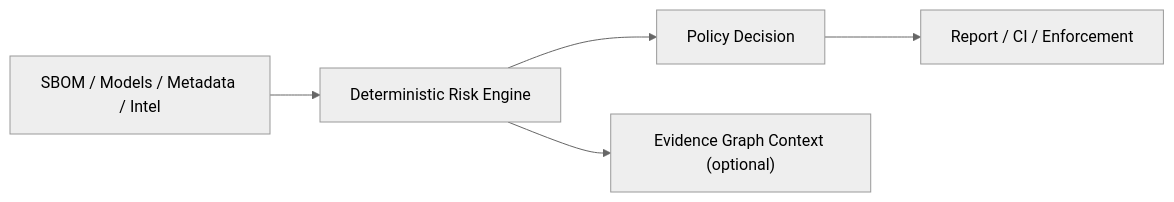
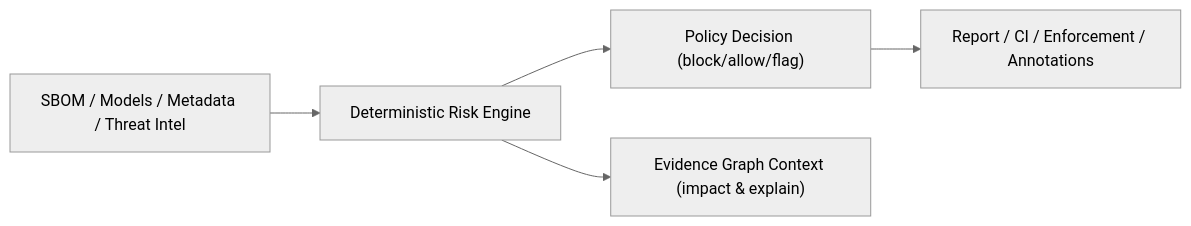
One commit to MellyFinnese/AI-BOM-Inspector changed the diagram in README.md. Above: the diagram before and after it, drawn with Mermaid (neutral theme). The commit also changed other lines of this file and 9 other files, not shown here.

````diff
--- a/README.md
+++ b/README.md
@@ -30,7 +32,7 @@
 ```mermaid
 graph LR
-  Input["SBOM / Models / Metadata / Intel"] --> Engine["Deterministic Risk Engine"]
-  Engine --> Policy["Policy Decision"]
-  Engine --> Graph["Evidence Graph Context (optional)"]
-  Policy --> Output["Report / CI / Enforcement"]
+  Input["SBOM / Models / Metadata / Threat Intel"] --> Engine["Deterministic Risk Engine"]
+  Engine --> Policy["Policy Decision (block/allow/flag)"]
+  Engine --> Graph["Evidence Graph Context (impact & explain)"]
+  Policy --> Output["Report / CI / Enforcement / Annotations"]
 ```
````
